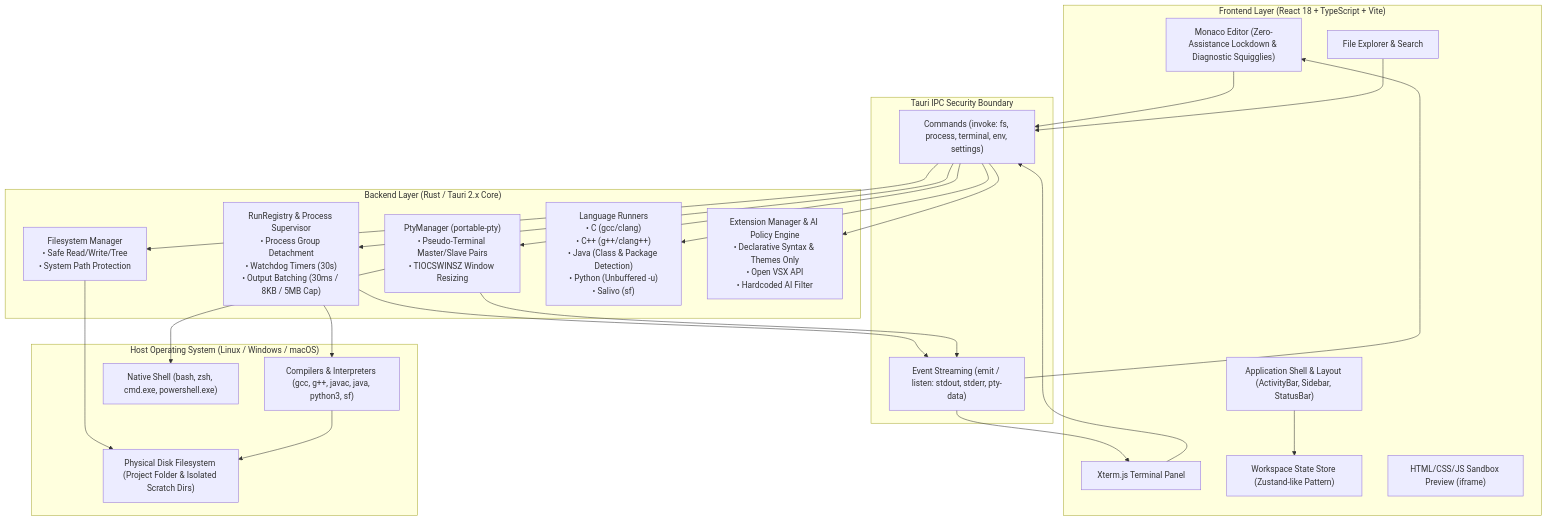
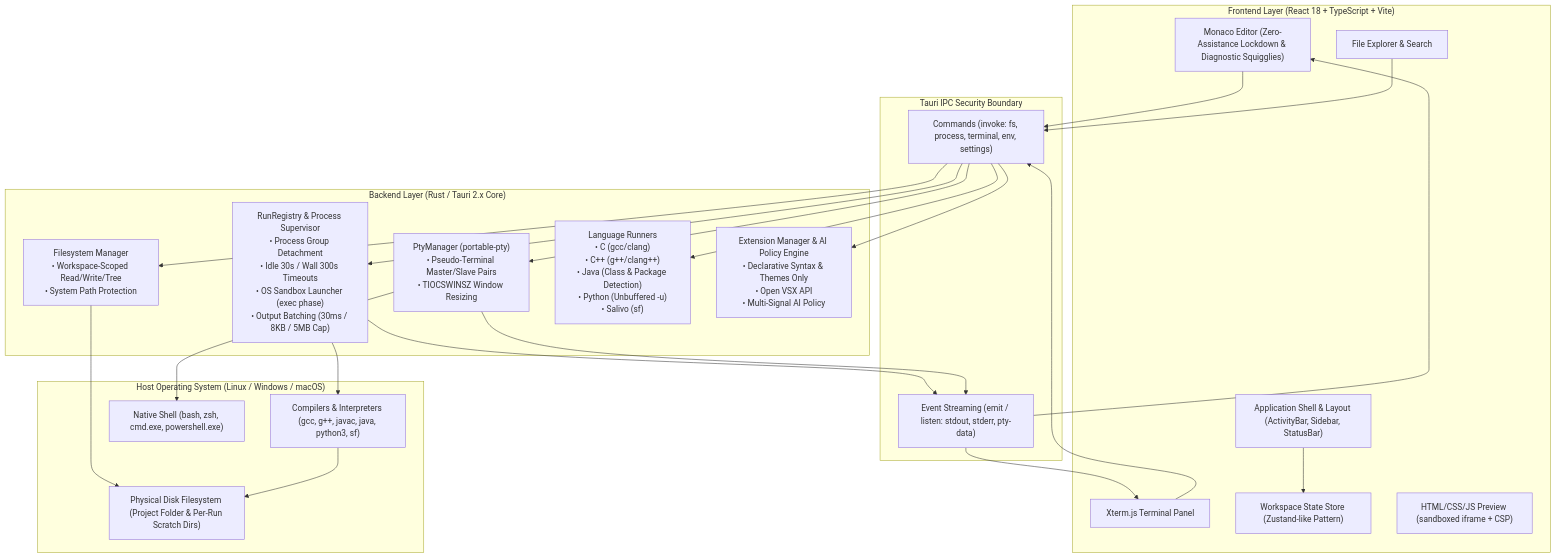
The diagram in PROJECT_SYNOPSIS.md (iamriteshhh/CodeUI), drawn with Mermaid before and after one commit. The commit also changed other lines of this file and 66 other files, not shown here.

First line of the commit message:
harden: workspace scoping, OS sandbox, unsaved-work guards, close folder

````diff
--- a/PROJECT_SYNOPSIS.md
+++ b/PROJECT_SYNOPSIS.md
@@ -81,43 +82,43 @@
 ```mermaid
 flowchart TB
     subgraph Frontend["Frontend Layer (React 18 + TypeScript + Vite)"]
         UI["Application Shell & Layout (ActivityBar, Sidebar, StatusBar)"]
         Monaco["Monaco Editor (Zero-Assistance Lockdown & Diagnostic Squigglies)"]
         Xterm["Xterm.js Terminal Panel"]
         FileTree["File Explorer & Search"]
         Store["Workspace State Store (Zustand-like Pattern)"]
-        Preview["HTML/CSS/JS Sandbox Preview (iframe)"]
+        Preview["HTML/CSS/JS Preview (sandboxed iframe + CSP)"]
     end
 
     subgraph IPC["Tauri IPC Security Boundary"]
         Invoker["Commands (invoke: fs, process, terminal, env, settings)"]
         EventBridge["Event Streaming (emit / listen: stdout, stderr, pty-data)"]
     end
 
     subgraph Backend["Backend Layer (Rust / Tauri 2.x Core)"]
-        RunMgr["RunRegistry & Process Supervisor\n• Process Group Detachment\n• Watchdog Timers (30s)\n• Output Batching (30ms / 8KB / 5MB Cap)"]
+        RunMgr["RunRegistry & Process Supervisor\n• Process Group Detachment\n• Idle 30s / Wall 300s Timeouts\n• OS Sandbox Launcher (exec phase)\n• Output Batching (30ms / 8KB / 5MB Cap)"]
         PtyMgr["PtyManager (portable-pty)\n• Pseudo-Terminal Master/Slave Pairs\n• TIOCSWINSZ Window Resizing"]
-        FsCmds["Filesystem Manager\n• Safe Read/Write/Tree\n• System Path Protection"]
+        FsCmds["Filesystem Manager\n• Workspace-Scoped Read/Write/Tree\n• System Path Protection"]
         Runners["Language Runners\n• C (gcc/clang)\n• C++ (g++/clang++)\n• Java (Class & Package Detection)\n• Python (Unbuffered -u)\n• Salivo (sf)"]
-        ExtMgr["Extension Manager & AI Policy Engine\n• Declarative Syntax & Themes Only\n• Open VSX API\n• Hardcoded AI Filter"]
+        ExtMgr["Extension Manager & AI Policy Engine\n• Declarative Syntax & Themes Only\n• Open VSX API\n• Multi-Signal AI Policy"]
     end
 
     subgraph OS["Host Operating System (Linux / Windows / macOS)"]
         Compilers["Compilers & Interpreters (gcc, g++, javac, java, python3, sf)"]
         PTY["Native Shell (bash, zsh, cmd.exe, powershell.exe)"]
-        FS["Physical Disk Filesystem (Project Folder & Isolated Scratch Dirs)"]
+        FS["Physical Disk Filesystem (Project Folder & Per-Run Scratch Dirs)"]
     end
 
     UI --> Store
     Monaco --> Invoker
     Xterm --> Invoker
     FileTree --> Invoker
     Invoker --> RunMgr & PtyMgr & FsCmds & Runners & ExtMgr
     RunMgr --> EventBridge
     PtyMgr --> EventBridge
     EventBridge --> Xterm & Monaco
     RunMgr --> Compilers
     PtyMgr --> PTY
     FsCmds --> FS
     Compilers --> FS
 ```
````
